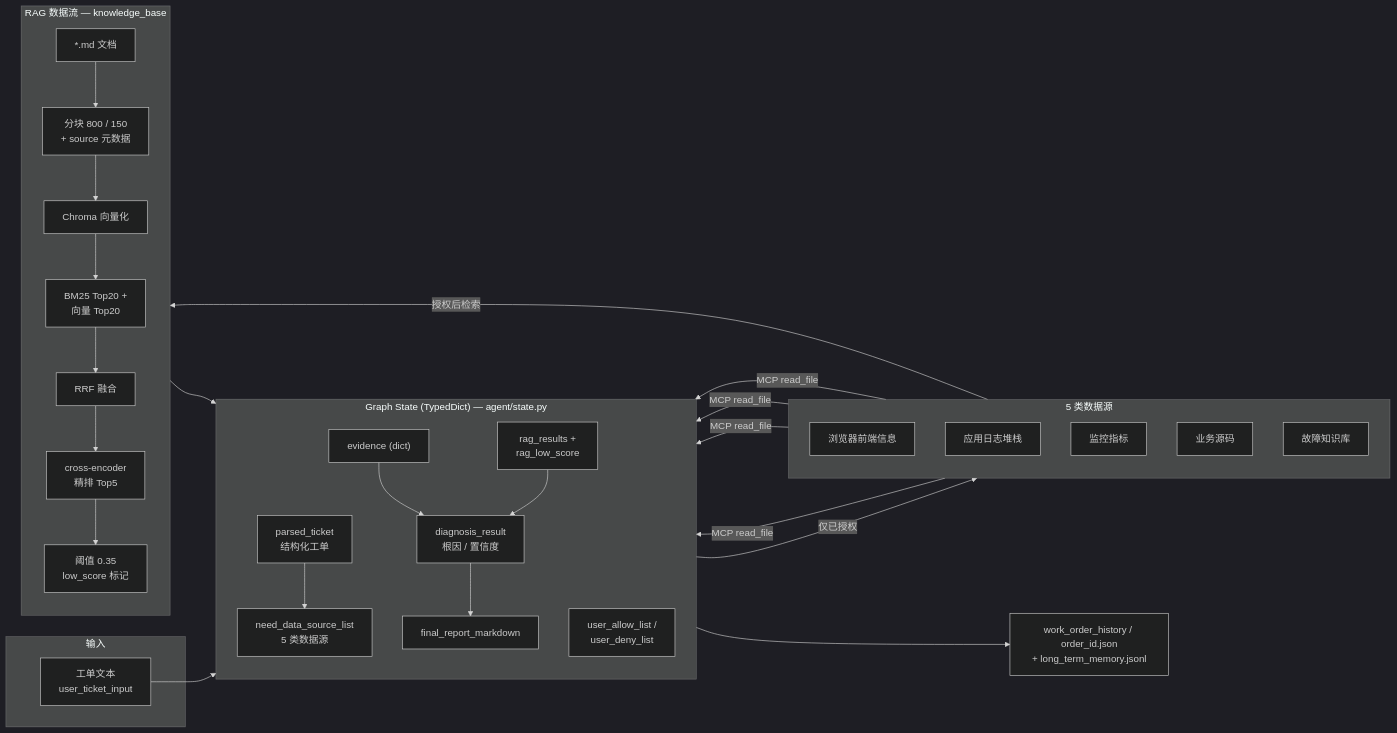
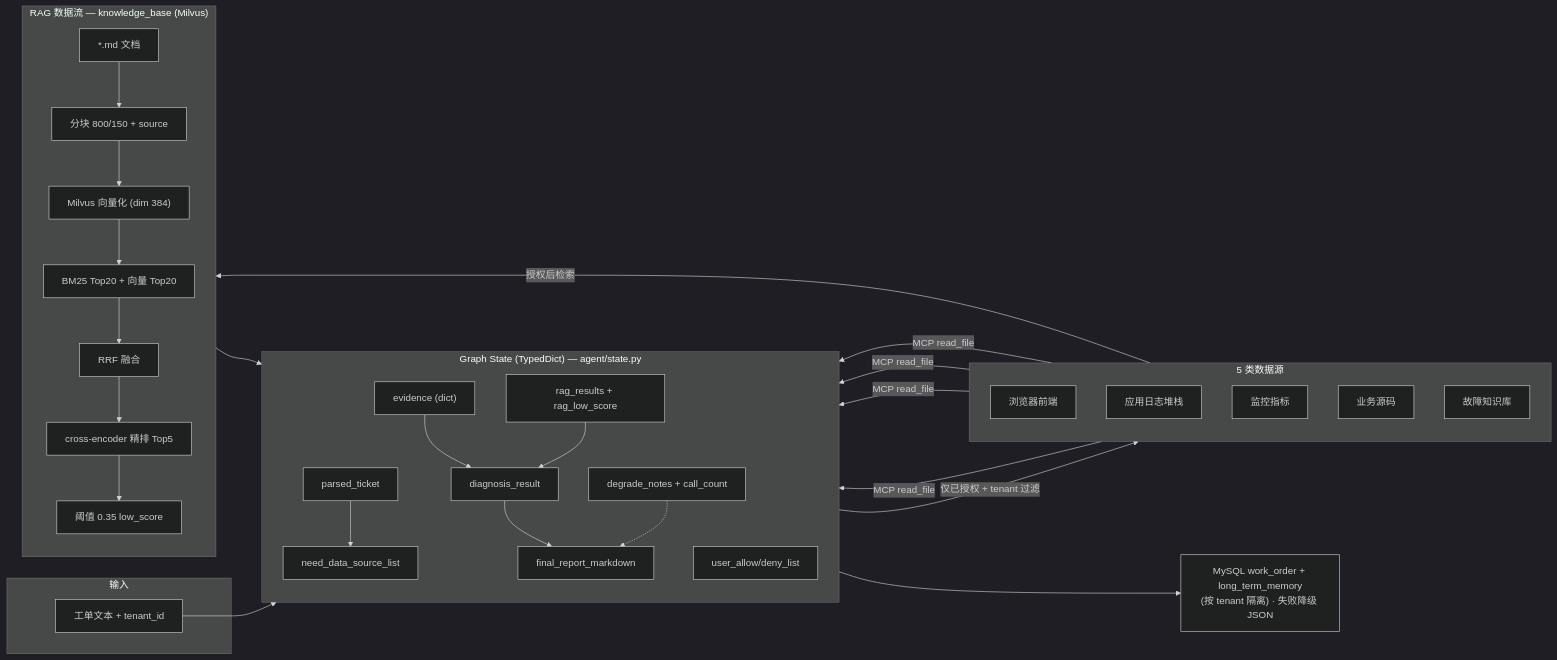
One commit to tianqishi1/ticket-skill-agent changed the third of 3 diagrams in langgraph_demo/README.md. Above: the diagram before and after it, drawn with Mermaid (dark theme). The commit also changed other lines of this file and 12 other files, not shown here.

````diff
--- a/langgraph_demo/README.md
+++ b/langgraph_demo/README.md
@@ -131,47 +117,46 @@
 ```mermaid
 flowchart LR
     subgraph IN["输入"]
-        T["工单文本<br/>user_ticket_input"]
+        T["工单文本 + tenant_id"]
     end
     subgraph ST["Graph State (TypedDict) — agent/state.py"]
         direction TB
-        S1["parsed_ticket<br/>结构化工单"]
-        S2["need_data_source_list<br/>5 类数据源"]
-        S3["user_allow_list /<br/>user_deny_list"]
+        S1["parsed_ticket"]
+        S2["need_data_source_list"]
+        S3["user_allow/deny_list"]
         S4["evidence (dict)"]
-        S5["rag_results +<br/>rag_low_score"]
-        S6["diagnosis_result<br/>根因 / 置信度"]
+        S5["rag_results + rag_low_score"]
+        S6["diagnosis_result"]
         S7["final_report_markdown"]
+        S8["degrade_notes + call_count"]
     end
     subgraph DS["5 类数据源"]
         direction TB
-        DS1["浏览器前端信息"]
+        DS1["浏览器前端"]
         DS2["应用日志堆栈"]
         DS3["监控指标"]
         DS4["业务源码"]
         DS5["故障知识库"]
     end
-    subgraph RAGP["RAG 数据流 — knowledge_base"]
+    subgraph RAGP["RAG 数据流 — knowledge_base (Milvus)"]
         direction TB
         R1["*.md 文档"]
-        R2["分块 800 / 150<br/>+ source 元数据"]
-        R3["Chroma 向量化"]
-        R4["BM25 Top20 +<br/>向量 Top20"]
+        R2["分块 800/150 + source"]
+        R3["Milvus 向量化 (dim 384)"]
+        R4["BM25 Top20 + 向量 Top20"]
         R5["RRF 融合"]
-        R6["cross-encoder<br/>精排 Top5"]
-        R7["阈值 0.35<br/>low_score 标记"]
+        R6["cross-encoder 精排 Top5"]
+        R7["阈值 0.35 low_score"]
         R1 --> R2 --> R3 --> R4 --> R5 --> R6 --> R7
     end
     T --> S1 --> S2
-    S3 -->|"仅已授权"| DS
-    DS1 -->|"MCP read_file"| S4
-    DS2 -->|"MCP read_file"| S4
-    DS3 -->|"MCP read_file"| S4
-    DS4 -->|"MCP read_file"| S4
+    S3 -->|"仅已授权 + tenant 过滤"| DS
+    DS1 & DS2 & DS3 & DS4 -->|"MCP read_file"| S4
     DS5 -->|"授权后检索"| RAGP
     RAGP --> S5
     S4 --> S6
     S5 --> S6
     S6 --> S7
-    S7 --> OUT["work_order_history / order_id.json<br/>+ long_term_memory.jsonl"]
+    S8 -.-> S7
+    S7 --> OUT["MySQL work_order + long_term_memory<br/>(按 tenant 隔离) · 失败降级 JSON"]
 ```
````
